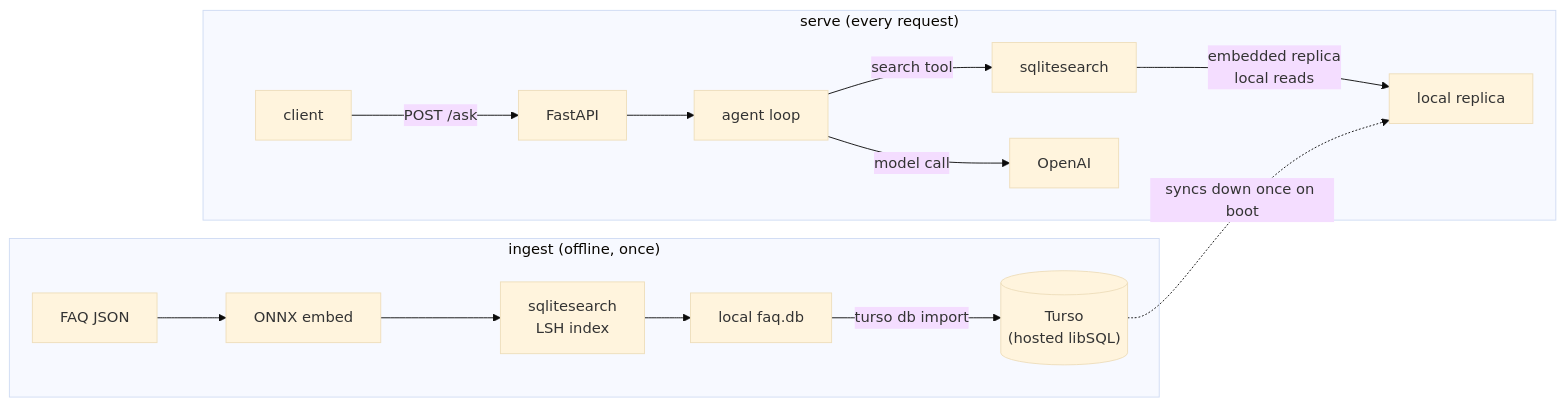
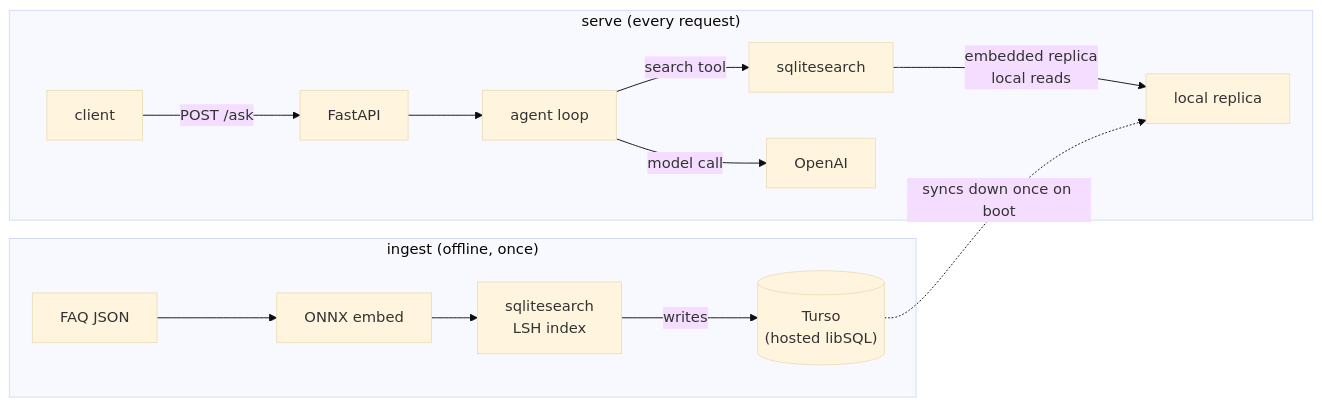
One commit to AI-Shipping-Labs/workshops changed the diagram in 2026/2026-06-09-vector-search-sqlite/README.md. Above: the diagram before and after it, drawn with Mermaid (base theme). The commit also changed other lines of this file and 4 other files, not shown here.

````diff
--- a/2026/2026-06-09-vector-search-sqlite/README.md
+++ b/2026/2026-06-09-vector-search-sqlite/README.md
@@ -12,19 +12,18 @@
 ```mermaid
 flowchart LR
     subgraph ingest["ingest (offline, once)"]
         FAQ["FAQ JSON"] --> EMB1["ONNX embed"]
         EMB1 --> LSH["sqlitesearch<br/>LSH index"]
-        LSH --> FILE["local faq.db"]
-        FILE -->|turso db import| TURSO[("Turso<br/>(hosted libSQL)")]
+        LSH -->|writes| TURSO[("Turso<br/>(hosted libSQL)")]
     end
 
     subgraph serve["serve (every request)"]
         UI["client"] -->|POST /ask| API["FastAPI"]
         API --> AGENT["agent loop"]
         AGENT -->|search tool| SEARCH["sqlitesearch"]
         SEARCH -->|embedded replica<br/>local reads| REPLICA["local replica"]
         AGENT -->|model call| OPENAI["OpenAI"]
     end
 
     TURSO -.->|syncs down once on boot| REPLICA
 ```
````
